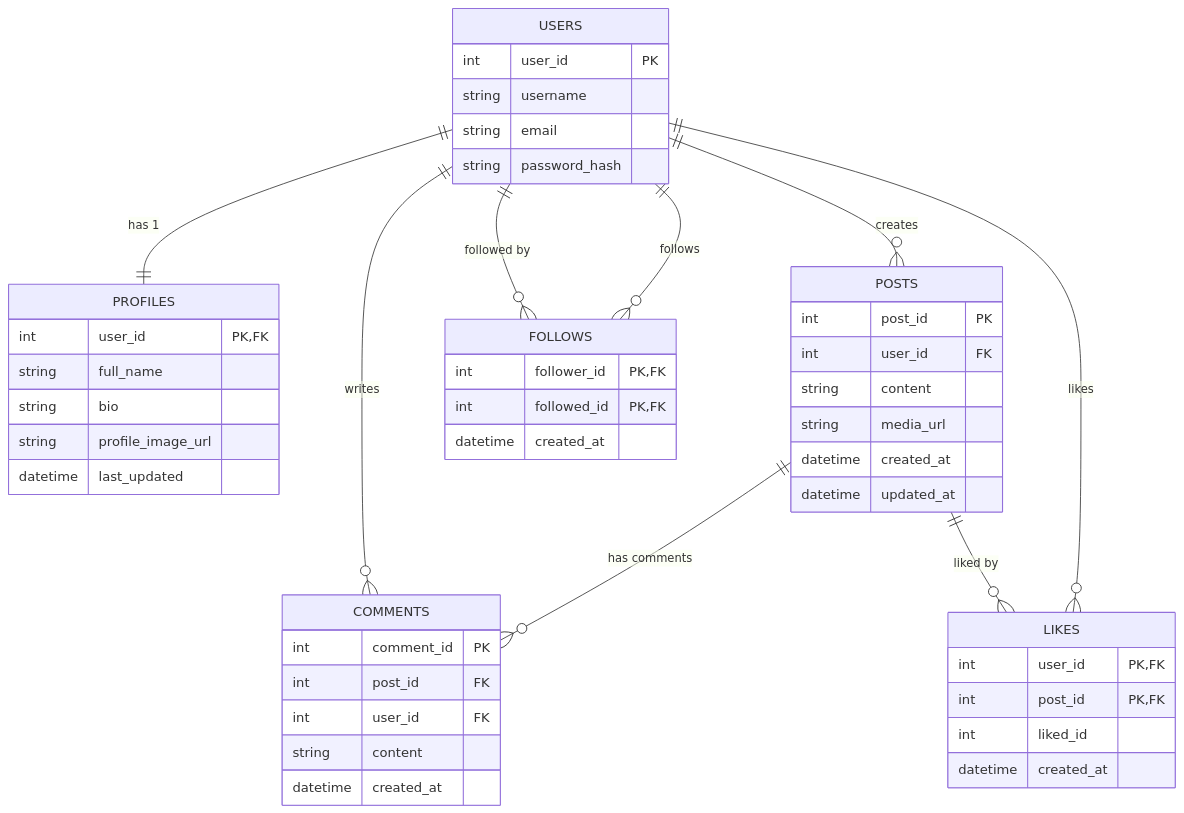
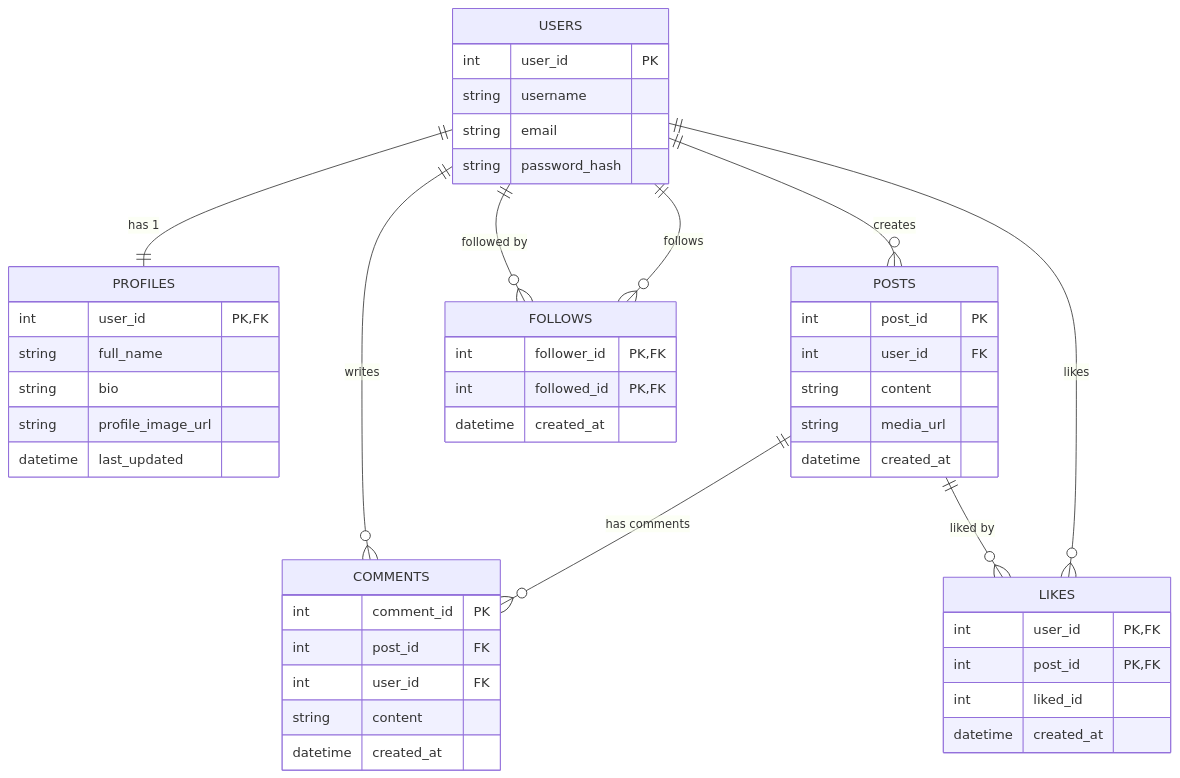
Before and after one commit to ChiuSingPong/SjsuSocialMediaProject: the diagram in ERDiagram/SJSUSocialMediaERDiagram.mmd, drawn with Mermaid. The commit also changed 2 other files, not shown here.

```diff
--- a/ERDiagram/SJSUSocialMediaERDiagram.mmd
+++ b/ERDiagram/SJSUSocialMediaERDiagram.mmd
@@ -1,59 +1,58 @@
 erDiagram
 
     USERS {
         int user_id PK
         string username
         string email
         string password_hash
     }
 
     PROFILES {
         int user_id PK,FK
         string full_name
         string bio
         string profile_image_url
         datetime last_updated
     }
 
     POSTS {
         int post_id PK
         int user_id FK
         string content
         string media_url
         datetime created_at
-        datetime updated_at
     }
 
     COMMENTS {
         int comment_id PK
         int post_id FK
         int user_id FK
         string content
         datetime created_at
     }
 
     LIKES {
         int user_id PK,FK
         int post_id PK,FK
         int liked_id
         datetime created_at
     }
 
     FOLLOWS {
         int follower_id PK,FK
         int followed_id PK,FK
         datetime created_at
     }
 
 %% RELATIONSHIPS
 
     USERS ||--|| PROFILES : "has 1"
     USERS ||--o{ POSTS : "creates"
     POSTS ||--o{ COMMENTS : "has comments"
     USERS ||--o{ COMMENTS : "writes"
 
     USERS ||--o{ LIKES : "likes"
     POSTS ||--o{ LIKES : "liked by"
 
     USERS ||--o{ FOLLOWS : "follows"
     USERS ||--o{ FOLLOWS : "followed by"
```
